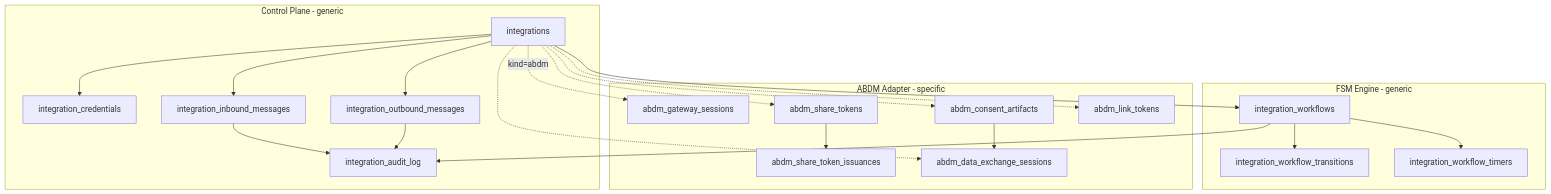
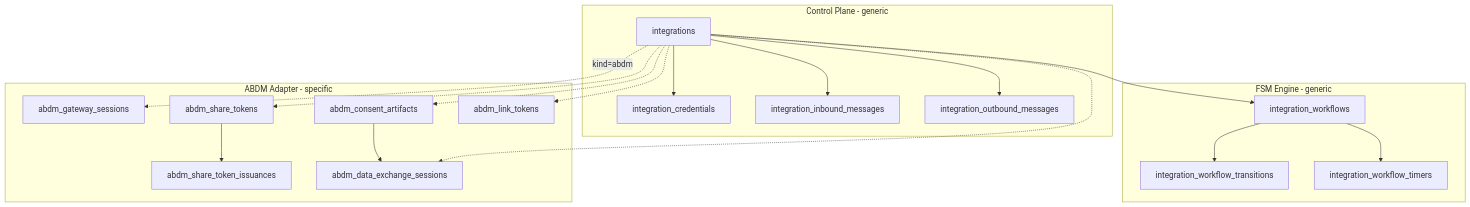
One commit to IQ-Line/HospitalSaarthi changed the first of 3 diagrams in docs/architecture/lld/integration-platform/01-schema-design.md. Above: the diagram before and after it, drawn with Mermaid. The commit also changed other lines of this file and 9 other files, not shown here.

First line of the commit message:
docs: drop integration_audit_log; secrets via env:URI for Phase 0/1

````diff
--- a/docs/architecture/lld/integration-platform/01-schema-design.md
+++ b/docs/architecture/lld/integration-platform/01-schema-design.md
@@ -56,42 +56,38 @@
 ```mermaid
 flowchart TB
   subgraph CP[Control Plane - generic]
     REG[integrations]
     CR[integration_credentials]
     IN[integration_inbound_messages]
     OUT[integration_outbound_messages]
-    AUD[integration_audit_log]
   end
 
   subgraph FSM[FSM Engine - generic]
     WF[integration_workflows]
     WT[integration_workflow_transitions]
     TM[integration_workflow_timers]
   end
 
   subgraph ABDM[ABDM Adapter - specific]
     SESS[abdm_gateway_sessions]
     SH[abdm_share_tokens]
     SHI[abdm_share_token_issuances]
     CON[abdm_consent_artifacts]
     LK[abdm_link_tokens]
     DEX[abdm_data_exchange_sessions]
   end
 
   REG --> CR
   REG --> IN
   REG --> OUT
   REG --> WF
   WF --> WT
   WF --> TM
-  WF --> AUD
-  IN --> AUD
-  OUT --> AUD
   REG -.kind=abdm.-> SESS
   REG -.-> SH
   SH --> SHI
   REG -.-> CON
   REG -.-> LK
   REG -.-> DEX
   CON --> DEX
 ```
````
